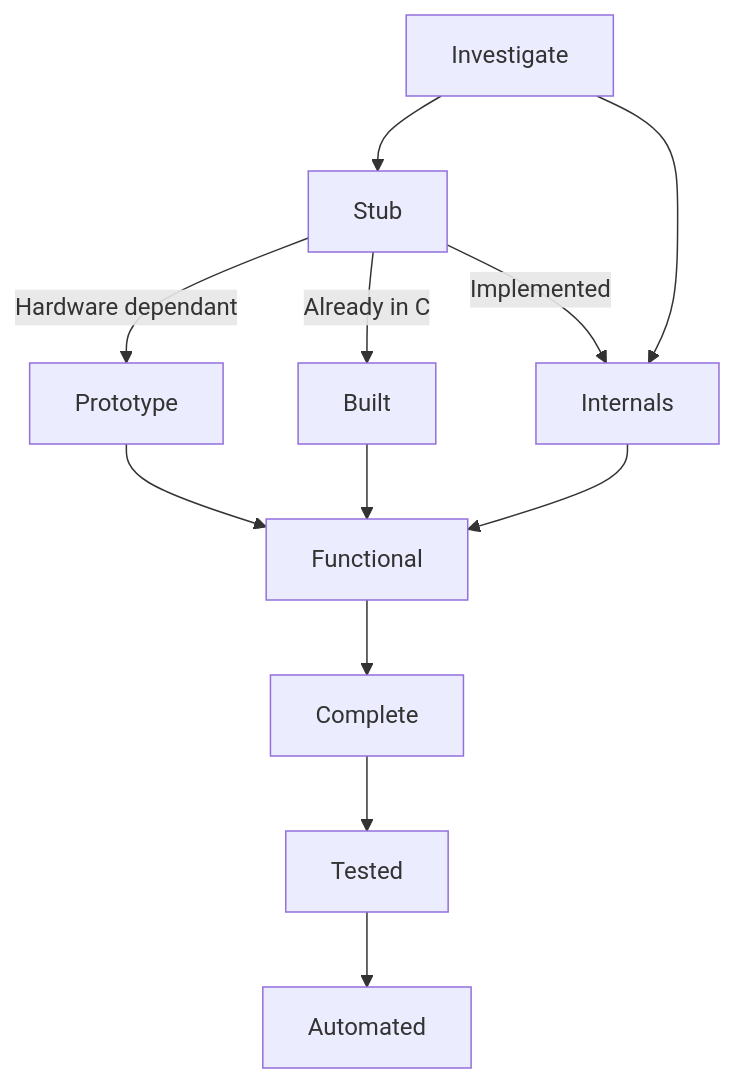
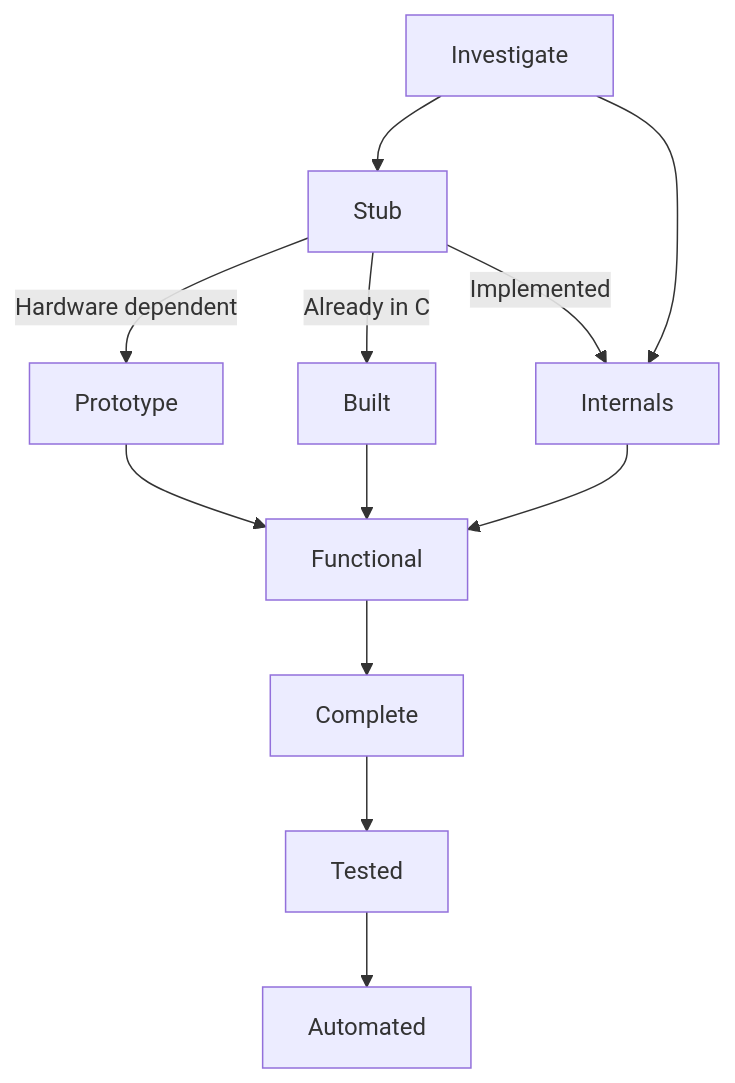
One commit to gerph/riscos64-status changed the diagram in planning/Terminology.md. Above: the diagram before and after it, drawn with Mermaid. The commit also changed other lines of this file and 5 other files, not shown here.

````diff
--- a/planning/Terminology.md
+++ b/planning/Terminology.md
@@ -33,15 +33,15 @@
 ```mermaid
 flowchart TD
     Start[Investigate] --> Stub
     Start --> Internals
-    Stub -->|Hardware dependant| Prototype
+    Stub -->|Hardware dependent| Prototype
     Stub -->|Already in C| Built
     Stub -->|Implemented| Internals
 
     Built --> Functional
     Prototype --> Functional
     Internals --> Functional
     Functional --> Complete
     Complete --> Tested
     Tested --> Automated
 ```
````
